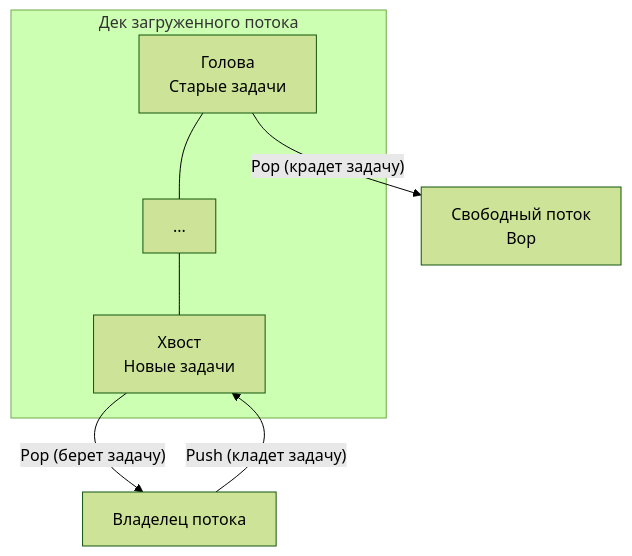
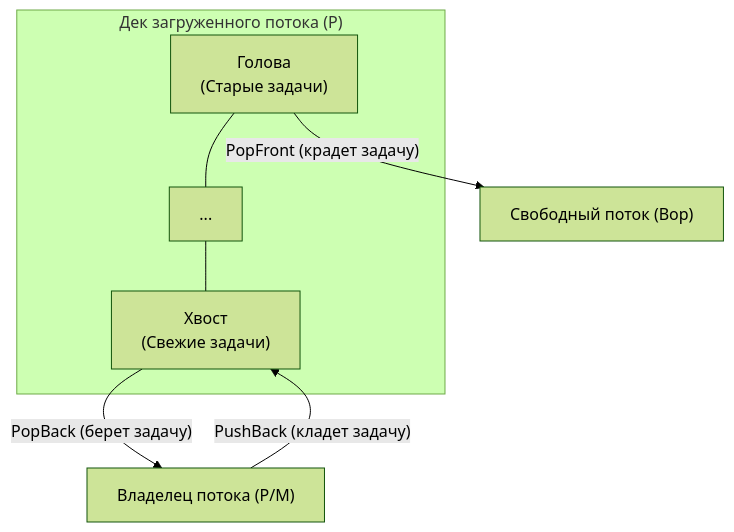
One commit to UnrealTemplier/go-textbook changed the fourth of 4 diagrams in sources/20. Алгоритмы и структуры данных (DSA) на Go/02. Базовые структуры данных/6. Дек - двусторонняя очередь.md. Above: the diagram before and after it, drawn with Mermaid (forest theme). The commit also changed other lines of this file, not shown here.

Commit message:
feat(module-20): editorial rewrite of 02.6 Deque in Kernighan style

````diff
--- a/sources/20. Алгоритмы и структуры данных (DSA) на Go/02. Базовые структуры данных/6. Дек - двусторонняя очередь.md
+++ b/sources/20. Алгоритмы и структуры данных (DSA) на Go/02. Базовые структуры данных/6. Дек - двусторонняя очередь.md
@@ -180,16 +212,16 @@
 ```mermaid
 flowchart TD
-    subgraph Дек загруженного потока
-        Head["Голова<br>Старые задачи"] --- Middle["..."] --- Tail["Хвост<br>Новые задачи"]
+    subgraph DequeLayout["Дек загруженного потока (P)"]
+        Head["Голова<br/>(Старые задачи)"] --- Middle["..."] --- Tail["Хвост<br/>(Свежие задачи)"]
     end
     
-    Owner["Владелец потока"]
-    Thief["Свободный поток<br>Вор"]
+    Owner["Владелец потока (P/M)"]
+    Thief["Свободный поток (Вор)"]
     
-    %% Владелец работает с хвостом в обе стороны (как Стек)
-    Owner -->|"Push (кладет задачу)"| Tail
-    Tail -->|"Pop (берет задачу)"| Owner
+    %% Владелец работает с хвостом в обе стороны (как Стек LIFO)
+    Owner -->|"PushBack (кладет задачу)"| Tail
+    Tail -->|"PopBack (берет задачу)"| Owner
     
-    %% Вор работает с головой только на извлечение (как Очередь)
-    Head -->|"Pop (крадет задачу)"| Thief
+    %% Вор работает с головой только на извлечение (как Очередь FIFO)
+    Head -->|"PopFront (крадет задачу)"| Thief
 ```
````
